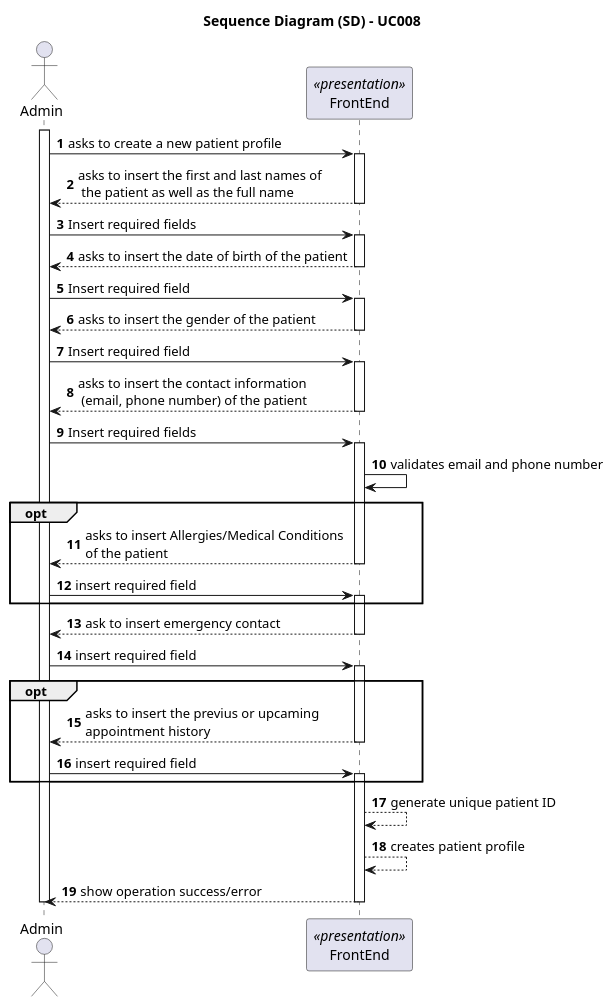
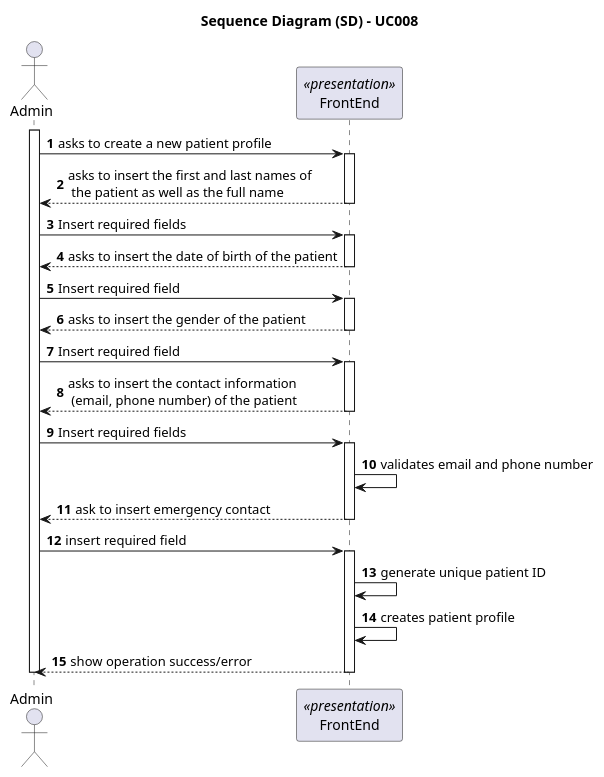
One commit to 1221124/sem5pi-24-25-g031 changed the diagram in docs/SprintA/UseCases/UC008/01.requirements-engineering/puml/uc008-system-sequence-diagram.puml. Above: the diagram before and after it, drawn with PlantUML. The commit also changed 5 other files, not shown here.

```diff
--- a/docs/SprintA/UseCases/UC008/01.requirements-engineering/puml/uc008-system-sequence-diagram.puml
+++ b/docs/SprintA/UseCases/UC008/01.requirements-engineering/puml/uc008-system-sequence-diagram.puml
@@ -3,81 +3,62 @@
 @startuml
 skinparam packageStyle rectangle
 skinparam shadowing false
 skinparam linetype polyline
 autonumber
 
 skinparam classAttributeIconSize 0
 
 title Sequence Diagram (SD) - UC008
 
 actor Admin as ADM
 participant FrontEnd as FE <<presentation>>
 
 
 activate ADM
 
     ADM -> FE: asks to create a new patient profile
 
     activate FE
 
         FE --> ADM: asks to insert the first and last names of\n the patient as well as the full name
     deactivate FE
 
     ADM -> FE : Insert required fields
     activate FE
 
         FE --> ADM: asks to insert the date of birth of the patient
     deactivate FE
 
     ADM -> FE : Insert required field
     activate FE
 
         FE --> ADM: asks to insert the gender of the patient
     deactivate FE
 
     ADM -> FE : Insert required field
     activate FE
 
         FE --> ADM: asks to insert the contact information\n (email, phone number) of the patient
     deactivate FE
 
     ADM -> FE : Insert required fields
     activate FE
 
         FE -> FE: validates email and phone number
 
-    opt
-        FE --> ADM: asks to insert Allergies/Medical Conditions \nof the patient
-        deactivate FE
-
-        ADM -> FE: insert required field
-        activate FE
-
-    end opt
-        
     FE --> ADM: ask to insert emergency contact
     deactivate FE
 
     ADM -> FE: insert required field
     activate FE
 
-    opt
-
-        FE --> ADM: asks to insert the previus or upcaming \nappointment history
-        deactivate FE
-
-        ADM -> FE: insert required field
-        activate FE
-
-    end opt
-
-        FE --> FE: generate unique patient ID
-        FE --> FE: creates patient profile
+        FE -> FE: generate unique patient ID
+        FE -> FE: creates patient profile
         FE --> ADM: show operation success/error
     deactivate FE
 
 
 deactivate ADM
 
 
 @enduml
```
